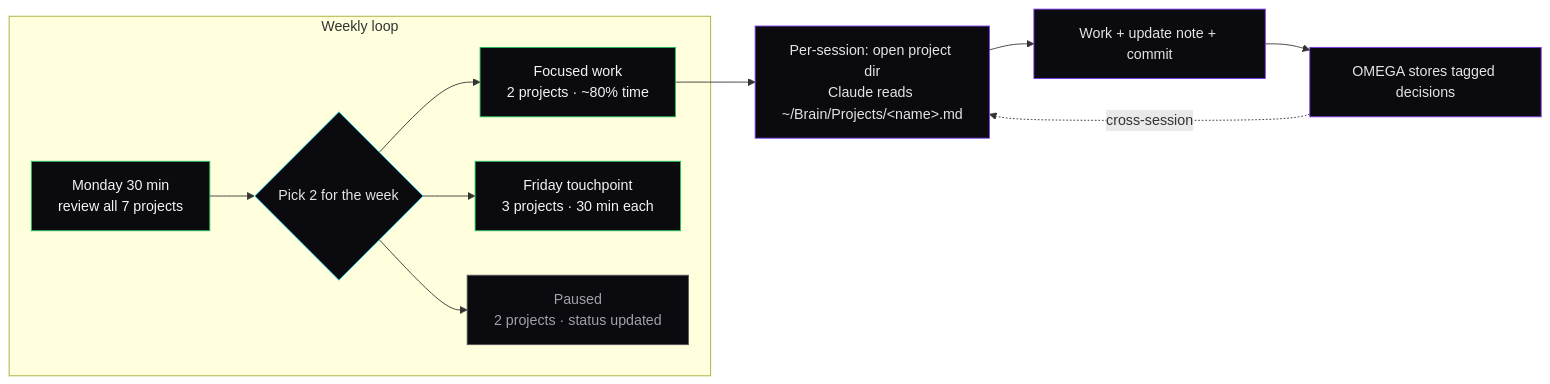
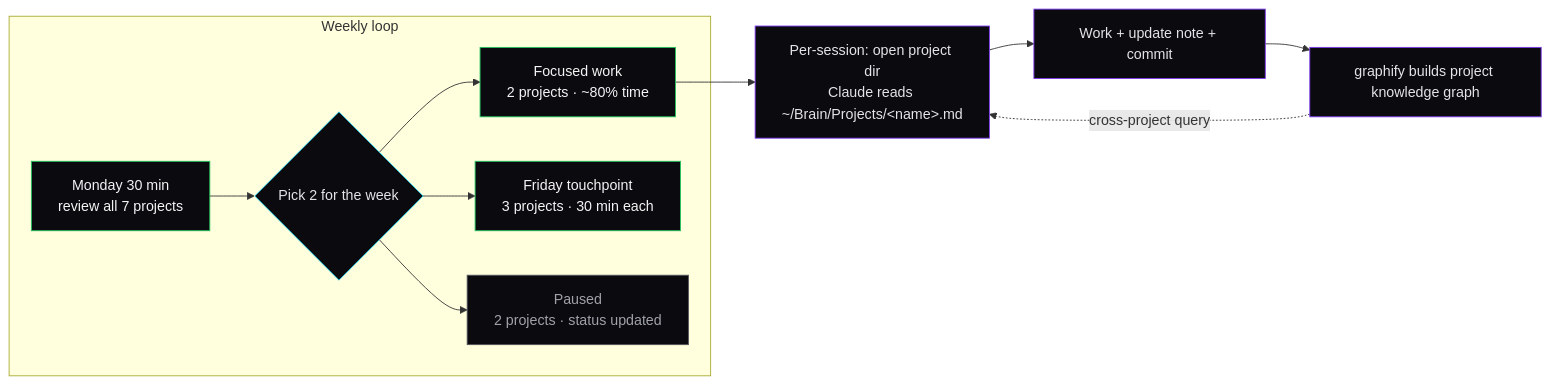
Before and after one commit to mccarthy606/claude-operator-stack: the diagram in workflows/parallel-projects.md, drawn with Mermaid. The commit also changed other lines of this file and 28 other files, not shown here.

First line of the commit message:
fix: replace OMEGA Memory with graphify across the stack (reality-sync)

````diff
--- a/workflows/parallel-projects.md
+++ b/workflows/parallel-projects.md
@@ -9,23 +9,23 @@
 ```mermaid
 flowchart LR
     subgraph week["Weekly loop"]
         M[Monday 30 min<br/>review all 7 projects] --> P{Pick 2 for the week}
         P --> F[Focused work<br/>2 projects · ~80% time]
         P --> T[Friday touchpoint<br/>3 projects · 30 min each]
         P --> S[Paused<br/>2 projects · status updated]
     end
 
     F --> O[Per-session: open project dir<br/>Claude reads ~/Brain/Projects/&lt;name&gt;.md]
     O --> W[Work + update note + commit]
-    W --> X[OMEGA stores tagged decisions]
-    X -.cross-session.-> O
+    W --> X[graphify builds project knowledge graph]
+    X -.cross-project query.-> O
 
     classDef gate fill:#0a0a0f,stroke:#22d3ee,color:#e4e4e7
     classDef focus fill:#0a0a0f,stroke:#22c55e,color:#f4f4f5
     classDef pause fill:#0a0a0f,stroke:#52525b,color:#a1a1aa
     classDef io fill:#0a0a0f,stroke:#7c3aed,color:#e4e4e7
     class P gate
     class M,F,T focus
     class S pause
     class O,W,X io
 ```
````
